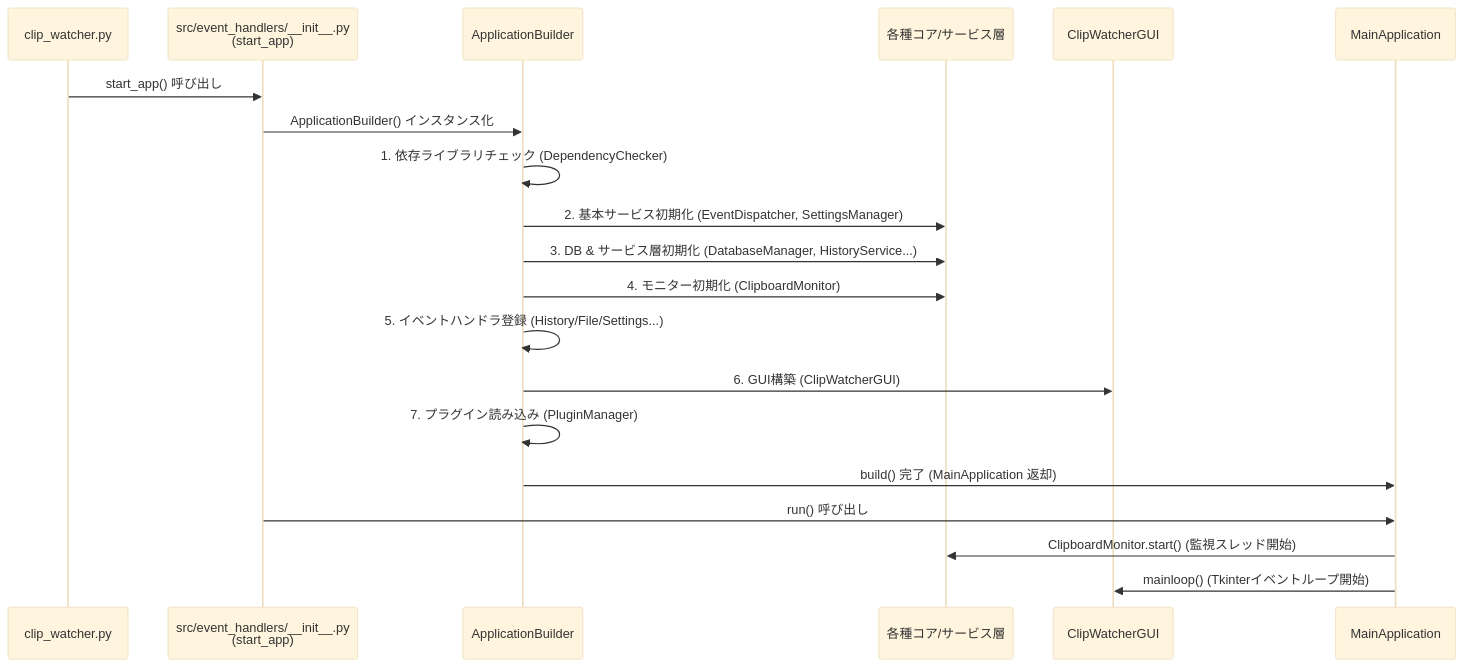
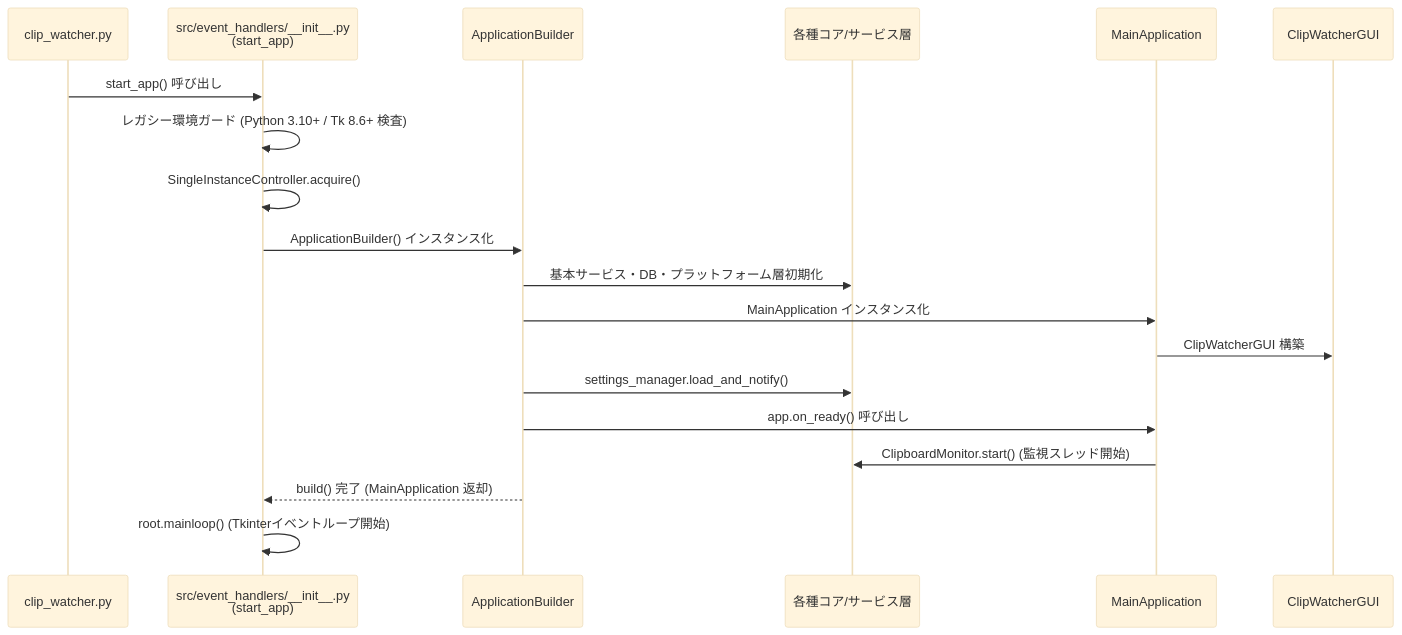
One commit to xzyozi/Clip_Watcher changed the first of 3 diagrams in docs/design/CLW-DD-002_コア層起動監視イベント制御詳細設計書.md. Above: the diagram before and after it, drawn with Mermaid (base theme). The commit also changed other lines of this file and 16 other files, not shown here.

````diff
--- a/docs/design/CLW-DD-002_コア層起動監視イベント制御詳細設計書.md
+++ b/docs/design/CLW-DD-002_コア層起動監視イベント制御詳細設計書.md
@@ -54,26 +56,22 @@
 ```mermaid
 sequenceDiagram
     participant Main as clip_watcher.py
     participant Start as src/event_handlers/__init__.py<br>(start_app)
     participant Builder as ApplicationBuilder
     participant Core as 各種コア/サービス層
+    participant App as MainApplication
     participant GUI as ClipWatcherGUI
-    participant App as MainApplication
 
     Main->>Start: start_app() 呼び出し
+    Start->>Start: レガシー環境ガード (Python 3.10+ / Tk 8.6+ 検査)
+    Start->>Start: SingleInstanceController.acquire()
     Start->>Builder: ApplicationBuilder() インスタンス化
-
-    Builder->>Builder: 1. 依存ライブラリチェック (DependencyChecker)
-    Builder->>Core: 2. 基本サービス初期化 (EventDispatcher, SettingsManager)
-    Builder->>Core: 3. DB & サービス層初期化 (DatabaseManager, HistoryService...)
-    Builder->>Core: 4. モニター初期化 (ClipboardMonitor)
-    Builder->>Builder: 5. イベントハンドラ登録 (History/File/Settings...)
-
-    Builder->>GUI: 6. GUI構築 (ClipWatcherGUI)
-    Builder->>Builder: 7. プラグイン読み込み (PluginManager)
-
-    Builder->>App: build() 完了 (MainApplication 返却)
-    Start->>App: run() 呼び出し
+    Builder->>Core: 基本サービス・DB・プラットフォーム層初期化
+    Builder->>App: MainApplication インスタンス化
+    App->>GUI: ClipWatcherGUI 構築
+    Builder->>Core: settings_manager.load_and_notify()
+    Builder->>App: app.on_ready() 呼び出し
     App->>Core: ClipboardMonitor.start() (監視スレッド開始)
-    App->>GUI: mainloop() (Tkinterイベントループ開始)
+    Builder-->>Start: build() 完了 (MainApplication 返却)
+    Start->>Start: root.mainloop() (Tkinterイベントループ開始)
 ```
````
